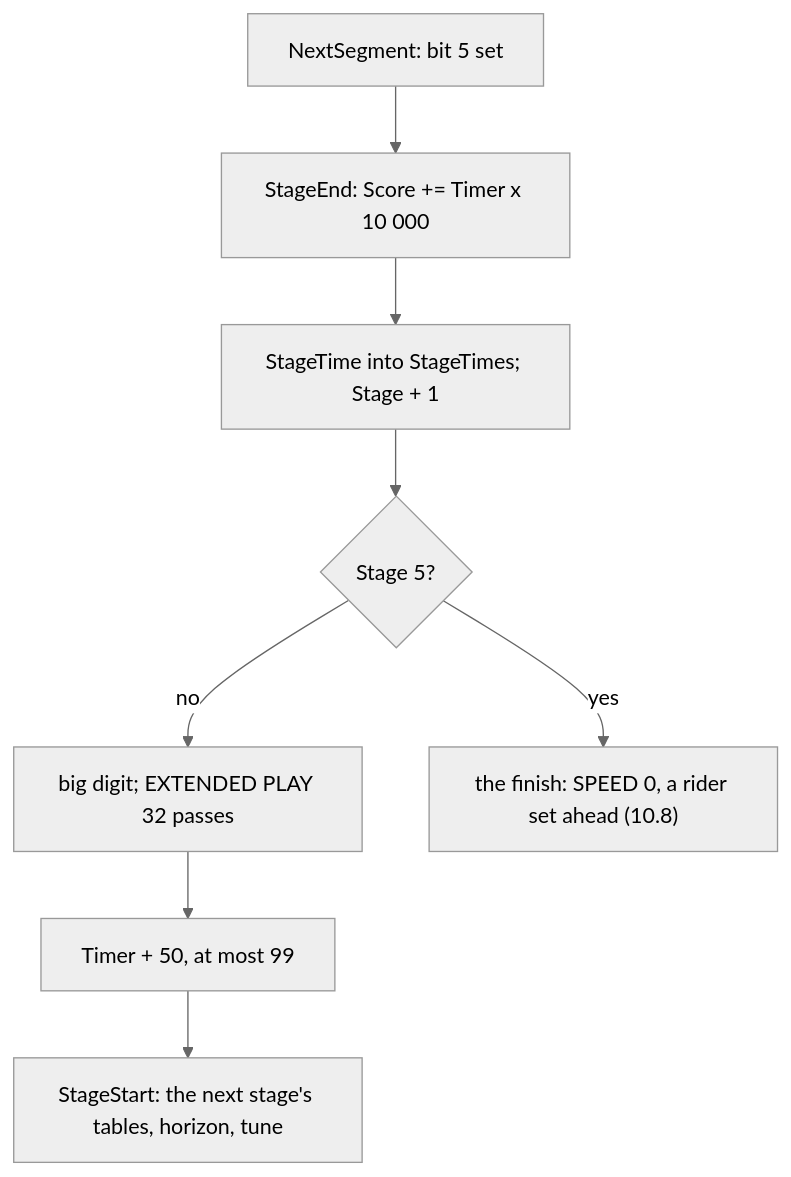
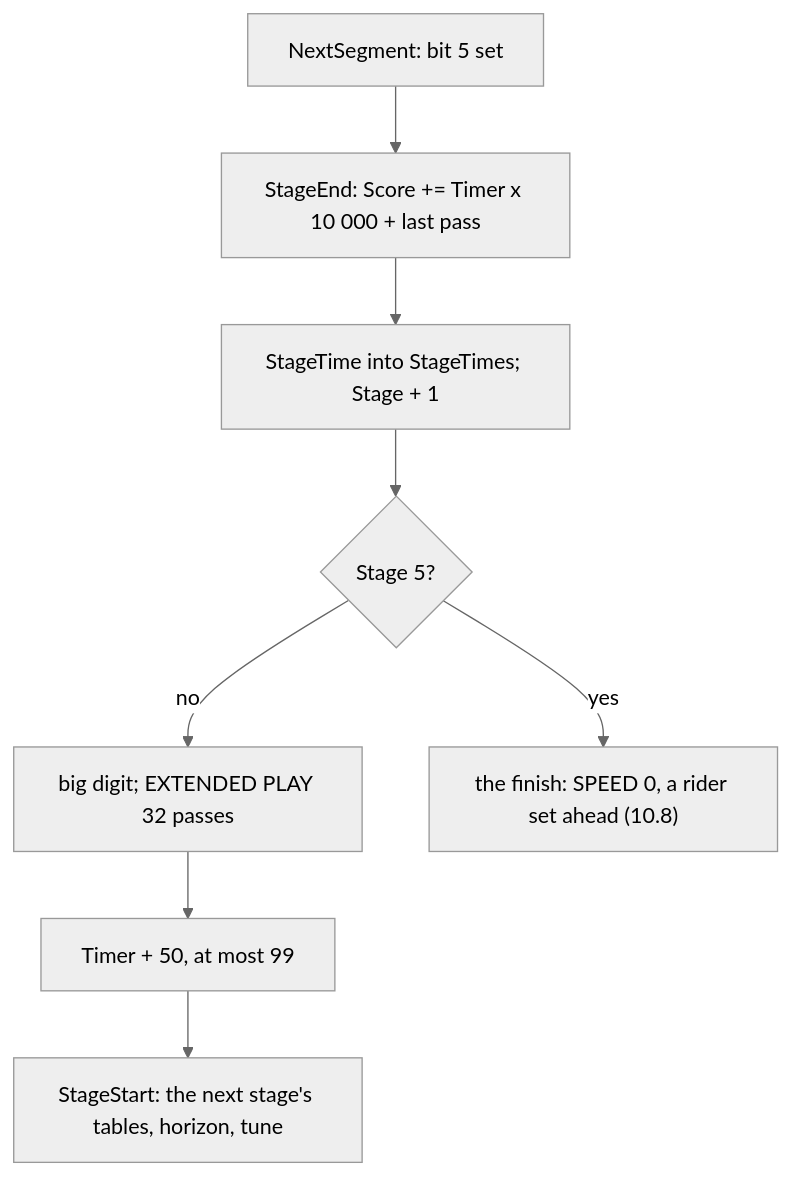
Before and after one commit to alfishe/unrealng-reverse-cases: the seventh of 14 diagrams in games/enduro-racer/docs/10-gameplay-logic.md, drawn with Mermaid (neutral theme). The commit also changed other lines of this file and 29 other files, not shown here.

````diff
--- a/games/enduro-racer/docs/10-gameplay-logic.md
+++ b/games/enduro-racer/docs/10-gameplay-logic.md
@@ -987,10 +995,10 @@
 ```mermaid
 flowchart TD
-    A["NextSegment: bit 5 set"] --> B["StageEnd: Score += Timer x 10 000"]
+    A["NextSegment: bit 5 set"] --> B["StageEnd: Score += Timer x 10 000 + last pass"]
     B --> C["StageTime into StageTimes; Stage + 1"]
     C --> D{"Stage 5?"}
     D -- no --> E["big digit; EXTENDED PLAY 32 passes"]
     E --> F["Timer + 50, at most 99"]
     F --> G["StageStart: the next stage's tables, horizon, tune"]
     D -- yes --> H["the finish: SPEED 0, a rider set ahead (10.8)"]
 ```
````
